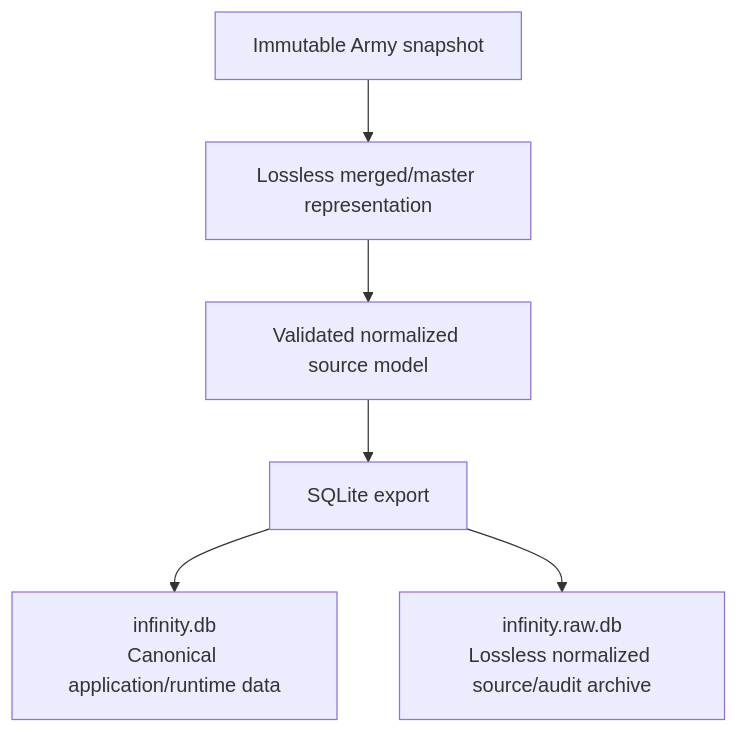
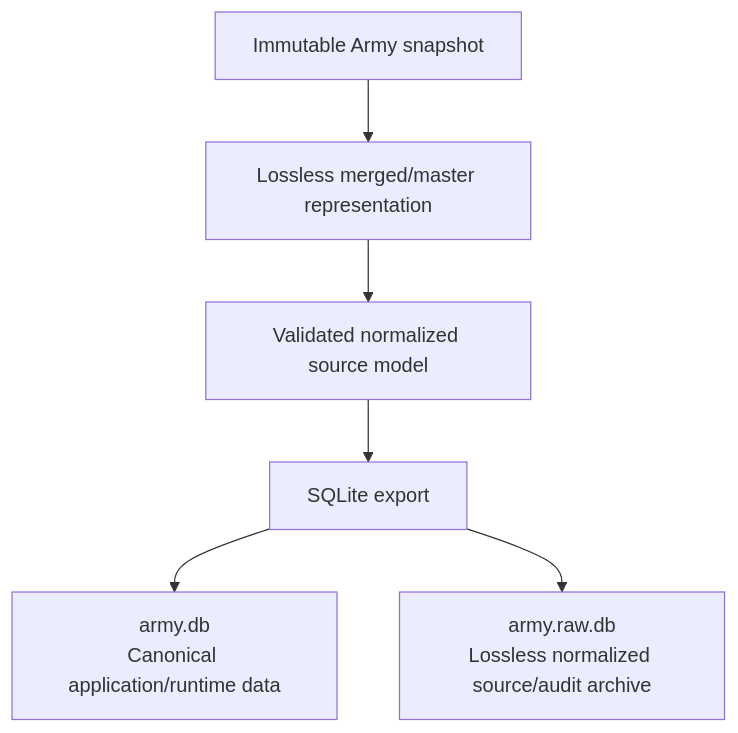
The first of 2 diagrams in docs/data-model.md (frankysan/InfinityDB), drawn with Mermaid before and after one commit. The commit also changed other lines of this file and 244 other files, not shown here.

````diff
--- a/docs/data-model.md
+++ b/docs/data-model.md
@@ -22,15 +27,15 @@
 ```mermaid
 flowchart TD
     snapshot["Immutable Army snapshot"]
     master["Lossless merged/master representation"]
     normalized["Validated normalized source model"]
     export["SQLite export"]
-    runtime["infinity.db<br/>Canonical application/runtime data"]
-    archive["infinity.raw.db<br/>Lossless normalized source/audit archive"]
+    runtime["army.db<br/>Canonical application/runtime data"]
+    archive["army.raw.db<br/>Lossless normalized source/audit archive"]
 
     snapshot --> master
     master --> normalized
     normalized --> export
     export --> runtime
     export --> archive
 ```
````
